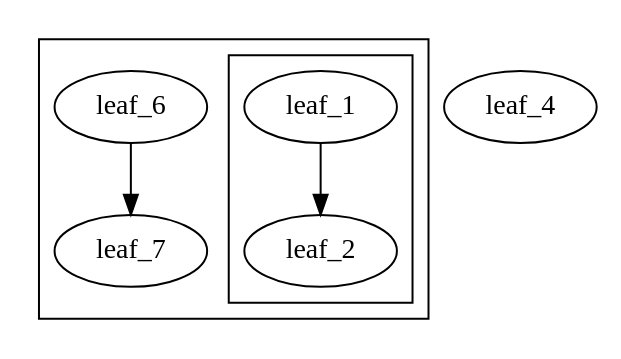
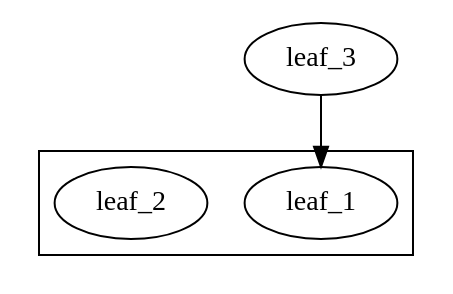
Before and after one commit to stefanrinderle/SoftViz3D: the diagram in x3d/dependency.dot, drawn with Graphviz. The commit also changed 6 other files, not shown here.

```diff
--- a/x3d/dependency.dot
+++ b/x3d/dependency.dot
@@ -1,13 +1,8 @@
 digraph G {
 	subgraph cluster_node_5 {
-		subgraph cluster_node_3 {
-			leaf_1;
-			leaf_2;
-			leaf_1 -> leaf_2;
-		}
-		leaf_6;
-		leaf_7;
-		leaf_6 -> leaf_7;
+		leaf_1;
+		leaf_2;
 	}
-	leaf_4;
+	leaf_3;
+	leaf_3 -> leaf_1;
 }
```
